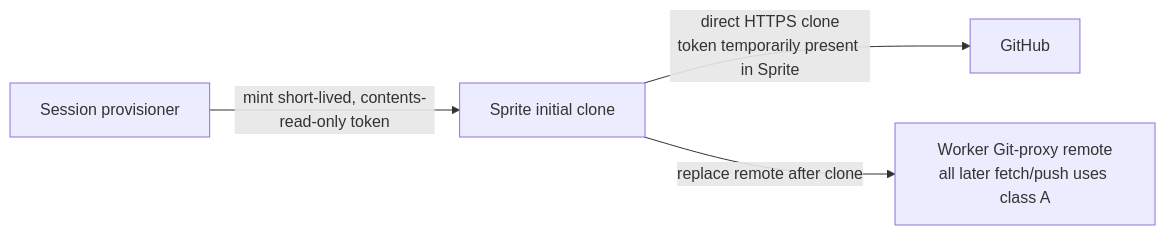
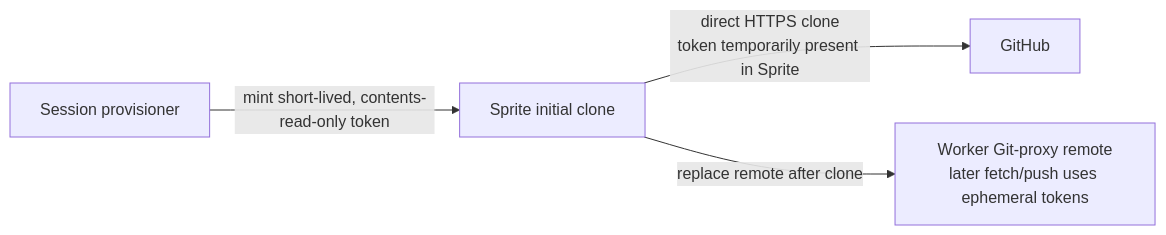
The fourth of 6 diagrams in openspec/changes/automate-sprites-custom-connectors/design.md (benedelstein/My-Machines), drawn with Mermaid before and after one commit. The commit also changed other lines of this file and 65 other files, not shown here.

````diff
--- a/openspec/changes/automate-sprites-custom-connectors/design.md
+++ b/openspec/changes/automate-sprites-custom-connectors/design.md
@@ -589,6 +641,6 @@
 ```mermaid
 flowchart LR
   provisioner["Session provisioner"] -->|"mint short-lived, contents-read-only token"| sprite["Sprite initial clone"]
   sprite -->|"direct HTTPS clone<br/>token temporarily present in Sprite"| github["GitHub"]
-  sprite -->|"replace remote after clone"| workerRemote["Worker Git-proxy remote<br/>all later fetch/push uses class A"]
+  sprite -->|"replace remote after clone"| workerRemote["Worker Git-proxy remote<br/>later fetch/push uses ephemeral tokens"]
 ```
````
